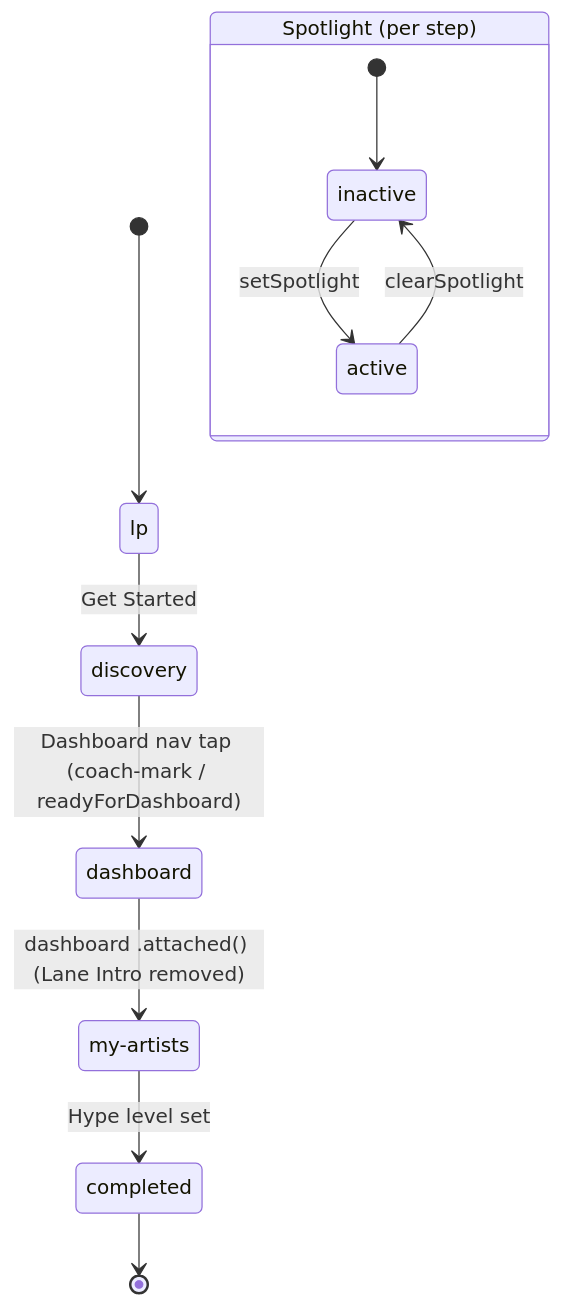
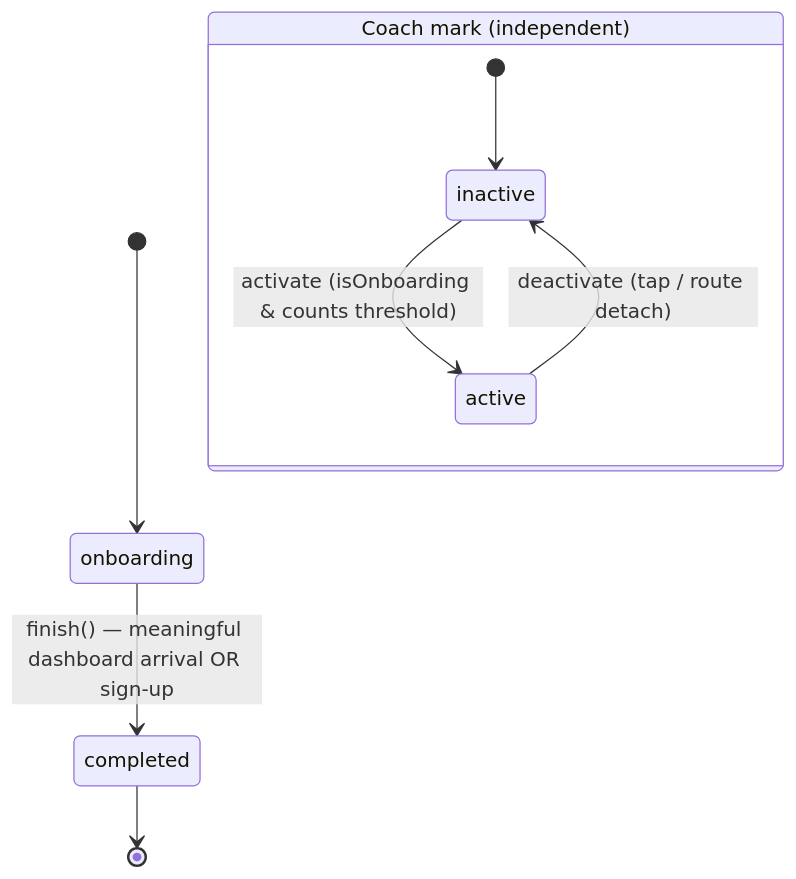
One commit to liverty-music/specification changed the diagram in openspec/specs/state-transition-diagram/spec.md. Above: the diagram before and after it, drawn with Mermaid. The commit also changed other lines of this file and 13 other files, not shown here.

````diff
--- a/openspec/specs/state-transition-diagram/spec.md
+++ b/openspec/specs/state-transition-diagram/spec.md
@@ -44,18 +51,12 @@
 ```mermaid
 stateDiagram-v2
-    [*] --> lp
-
-    lp --> discovery : Get Started
-    discovery --> dashboard : Dashboard nav tap (coach-mark / readyForDashboard)
-    state "my-artists" as my_artists
-    dashboard --> my_artists : dashboard .attached() (Lane Intro removed)
-    my_artists --> completed : Hype level set
-
+    [*] --> onboarding
+    onboarding --> completed : finish() — meaningful dashboard arrival OR sign-up
     completed --> [*]
 
-    state "Spotlight (per step)" as spotlight {
+    state "Coach mark (independent)" as coachmark {
         [*] --> inactive
-        inactive --> active : setSpotlight
-        active --> inactive : clearSpotlight
+        inactive --> active : activate (isOnboarding & counts threshold)
+        active --> inactive : deactivate (tap / route detach)
     }
 ```
````
